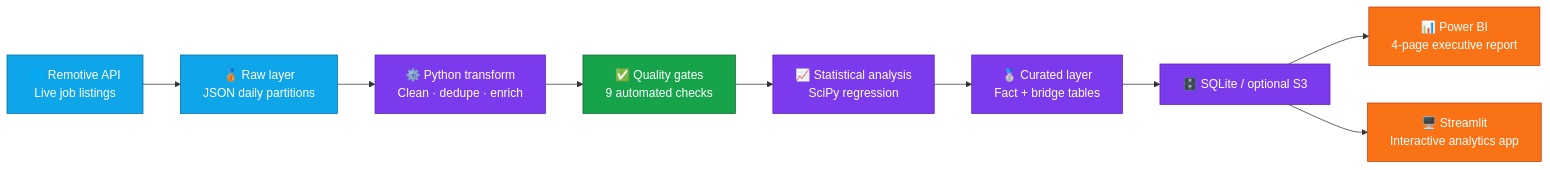
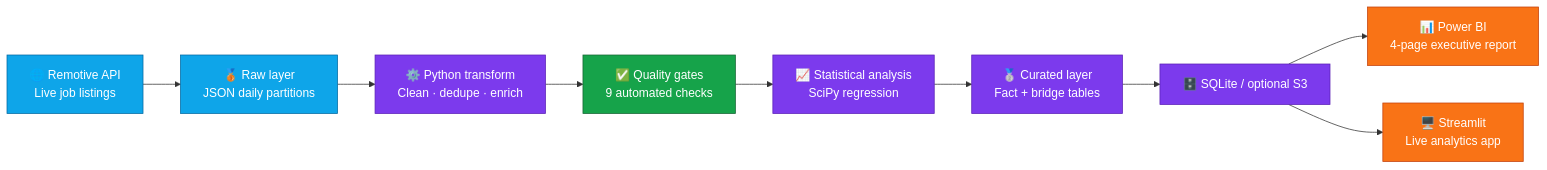
Before and after one commit to PranavRoy07/Pipelineops-Analytics: the first of 2 diagrams in README.md, drawn with Mermaid. The commit also changed other lines of this file, not shown here.

````diff
--- a/README.md
+++ b/README.md
@@ -81,20 +120,20 @@
 ```mermaid
 flowchart LR
     A["🌐 Remotive API\nLive job listings"] --> B["🥉 Raw layer\nJSON daily partitions"]
     B --> C["⚙️ Python transform\nClean · dedupe · enrich"]
     C --> D["✅ Quality gates\n9 automated checks"]
     D --> E["📈 Statistical analysis\nSciPy regression"]
     E --> F["🥈 Curated layer\nFact + bridge tables"]
     F --> G["🗄️ SQLite / optional S3"]
     G --> H["📊 Power BI\n4-page executive report"]
-    G --> I["🖥️ Streamlit\nInteractive analytics app"]
+    G --> I["🖥️ Streamlit\nLive analytics app"]
 
     classDef source fill:#0EA5E9,stroke:#0369A1,color:#fff
     classDef process fill:#7C3AED,stroke:#5B21B6,color:#fff
     classDef quality fill:#16A34A,stroke:#166534,color:#fff
     classDef output fill:#F97316,stroke:#C2410C,color:#fff
     class A,B source
     class C,E,F,G process
     class D quality
     class H,I output
 ```
````
